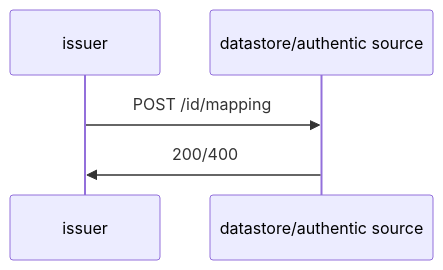
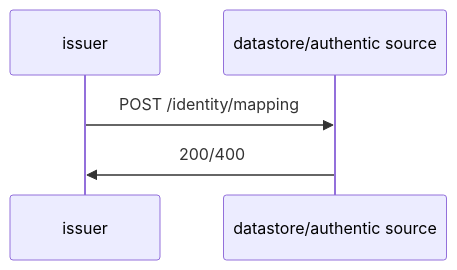
One commit to dc4eu/vc changed the seventh of 12 diagrams in standards/apiv28.md. Above: the diagram before and after it, drawn with Mermaid. The commit also changed other lines of this file, not shown here.

````diff
--- a/standards/apiv28.md
+++ b/standards/apiv28.md
@@ -424,5 +296,5 @@
 ```mermaid
     sequenceDiagram;
-    issuer->>datastore/authentic source: POST /id/mapping;
+    issuer->>datastore/authentic source: POST /identity/mapping;
     datastore/authentic source->>issuer: 200/400;
 ```
````
